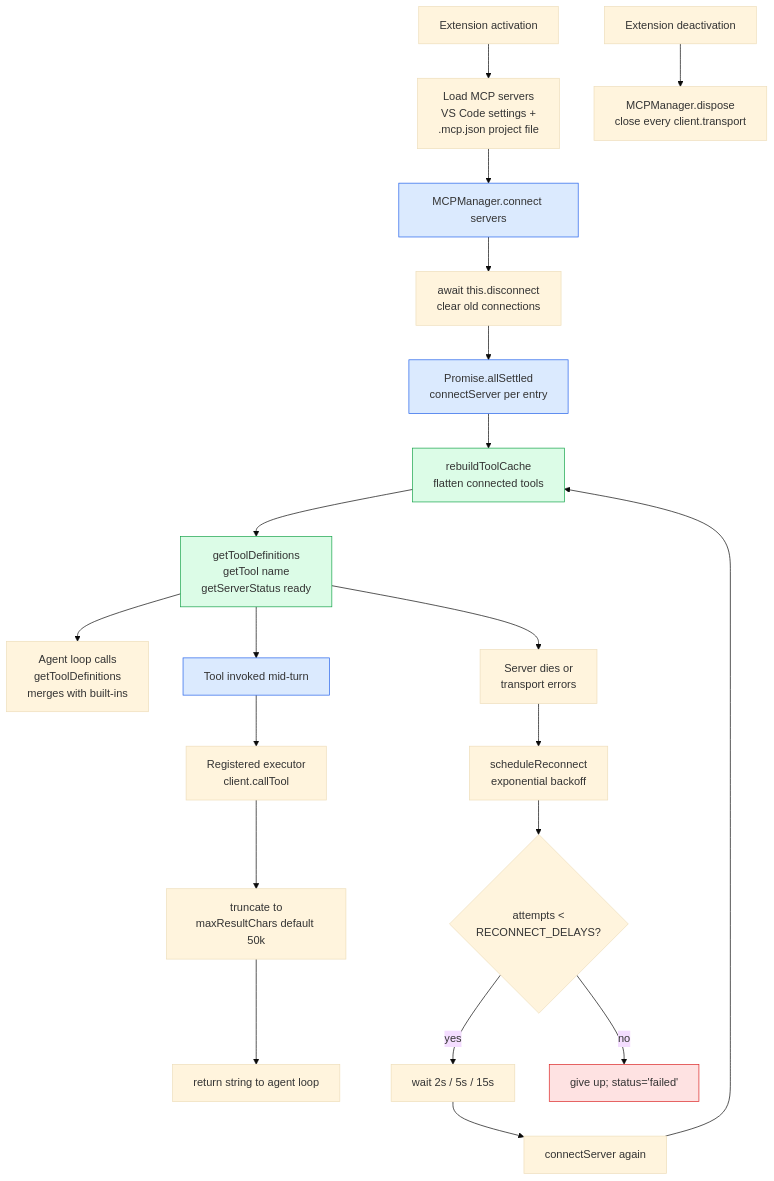
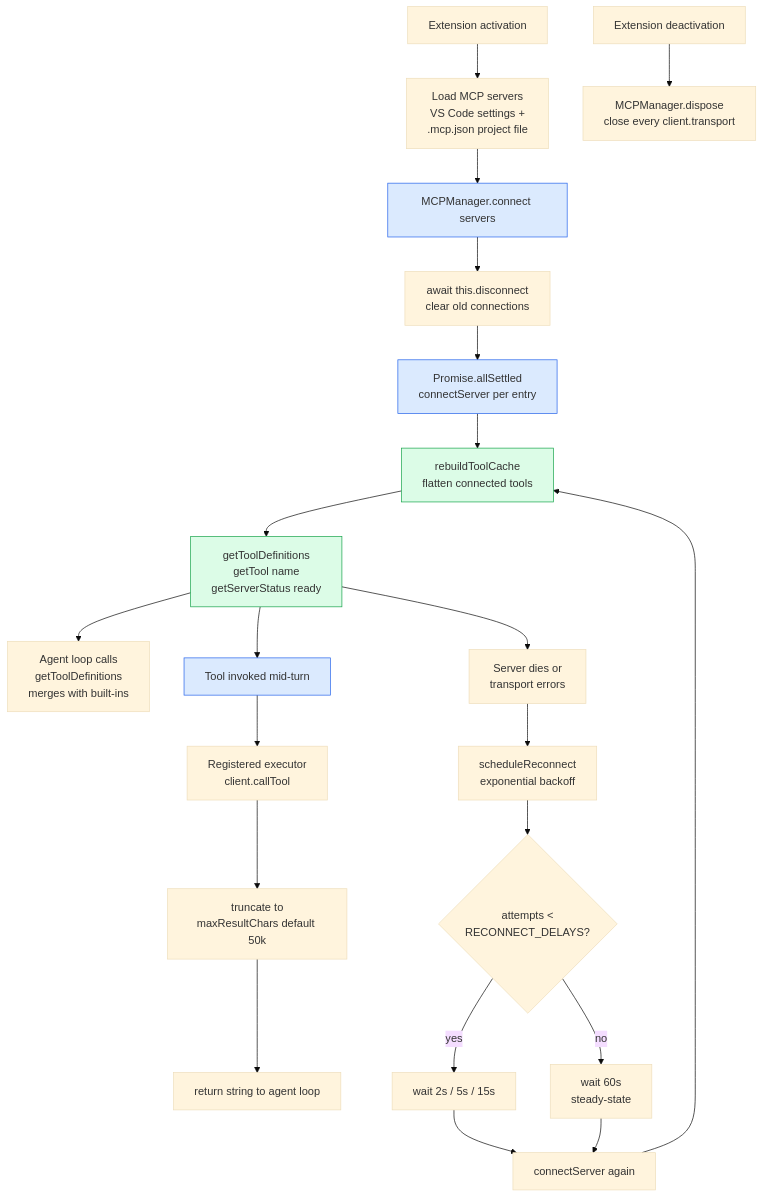
One commit to nedonatelli/sidecar changed the first of 4 diagrams in docs/mcp-lifecycle-diagram.md. Above: the diagram before and after it, drawn with Mermaid (base theme). The commit also changed other lines of this file and 39 other files, not shown here.

````diff
--- a/docs/mcp-lifecycle-diagram.md
+++ b/docs/mcp-lifecycle-diagram.md
@@ -7,34 +7,35 @@
 ```mermaid
 flowchart TD
     Activate[Extension activation] --> Load[Load MCP servers<br/>VS Code settings +<br/>.mcp.json project file]
     Load --> Connect[MCPManager.connect servers]
     Connect --> Disconnect[await this.disconnect<br/>clear old connections]
     Disconnect --> Parallel[Promise.allSettled<br/>connectServer per entry]
 
     Parallel --> Rebuild[rebuildToolCache<br/>flatten connected tools]
     Rebuild --> Ready["getToolDefinitions<br/>getTool name<br/>getServerStatus ready"]
 
     Ready --> Agent[Agent loop calls<br/>getToolDefinitions<br/>merges with built-ins]
     Ready --> Invoke[Tool invoked mid-turn]
 
     Invoke --> Callback[Registered executor<br/>client.callTool]
     Callback --> Truncate[truncate to<br/>maxResultChars default 50k]
     Truncate --> ToolResult[return string to agent loop]
 
     Ready --> Health[Server dies or<br/>transport errors]
     Health --> Reconnect[scheduleReconnect<br/>exponential backoff]
     Reconnect --> Attempt{attempts <<br/>RECONNECT_DELAYS?}
     Attempt -- yes --> Wait[wait 2s / 5s / 15s]
+    Attempt -- no --> Steady[wait 60s<br/>steady-state]
     Wait --> Retry[connectServer again]
+    Steady --> Retry
     Retry --> Rebuild
-    Attempt -- no --> Give[give up; status='failed']
 
     Dispose[Extension deactivation] --> Close[MCPManager.dispose<br/>close every client.transport]
 
     classDef readyStyle fill:#dcfce7,stroke:#16a34a
     classDef errorStyle fill:#fee2e2,stroke:#dc2626
     classDef neutralStyle fill:#dbeafe,stroke:#2563eb
     class Ready,Rebuild readyStyle
     class Give errorStyle
     class Connect,Parallel,Invoke neutralStyle
 ```
````
